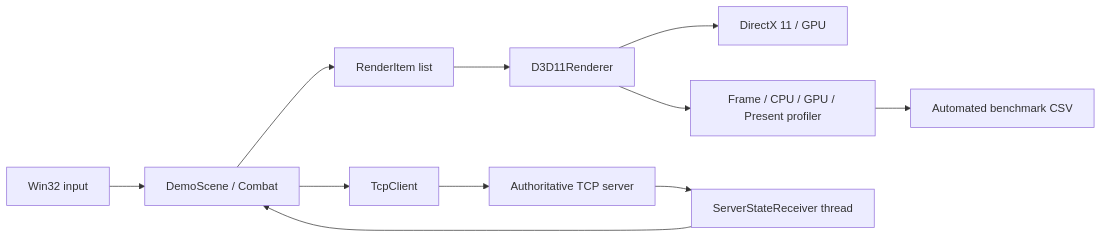
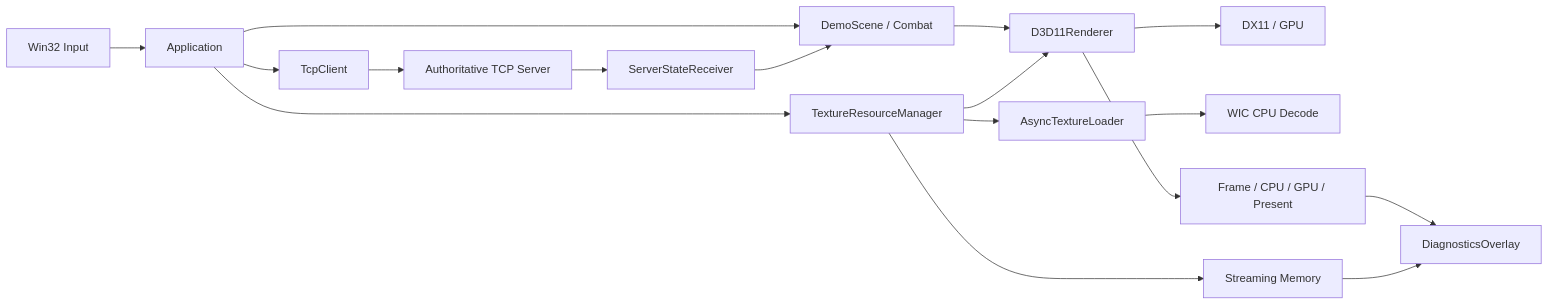
Before and after one commit to SJ97p/DungeonSync: the diagram in README.md, drawn with Mermaid. The commit also changed other lines of this file and 20 other files, not shown here.

Commit message:
feat: add streaming diagnostics and engine code map

````diff
--- a/README.md
+++ b/README.md
@@ -32,15 +137,19 @@
 ```mermaid
 flowchart LR
-    Input["Win32 input"] --> Scene["DemoScene / Combat"]
-    Scene --> Items["RenderItem list"]
-    Items --> Renderer["D3D11Renderer"]
-    Renderer --> GPU["DirectX 11 / GPU"]
-
-    Scene --> Sender["TcpClient"]
-    Sender --> Server["Authoritative TCP server"]
-    Server --> Receiver["ServerStateReceiver thread"]
+    Input[Win32 Input] --> App[Application]
+    App --> Scene[DemoScene / Combat]
+    Scene --> Renderer[D3D11Renderer]
+    Renderer --> GPU[DX11 / GPU]
+    App --> ResourceManager[TextureResourceManager]
+    ResourceManager --> Worker[AsyncTextureLoader]
+    Worker --> WIC[WIC CPU Decode]
+    ResourceManager --> Renderer
+    App --> TcpClient[TcpClient]
+    TcpClient --> Server[Authoritative TCP Server]
+    Server --> Receiver[ServerStateReceiver]
     Receiver --> Scene
-
-    Renderer --> Profiler["Frame / CPU / GPU / Present profiler"]
-    Profiler --> CSV["Automated benchmark CSV"]
+    Renderer --> Profiler[Frame / CPU / GPU / Present]
+    ResourceManager --> Memory[Streaming Memory]
+    Profiler --> Overlay[DiagnosticsOverlay]
+    Memory --> Overlay
 ```
````
